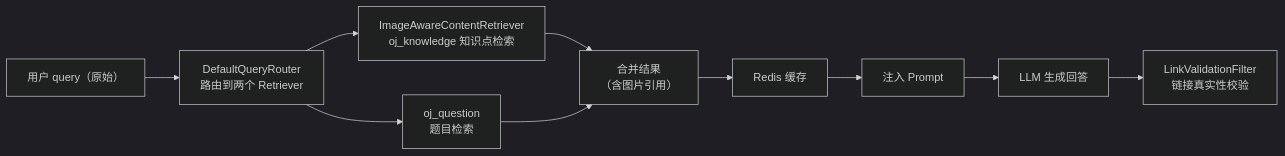
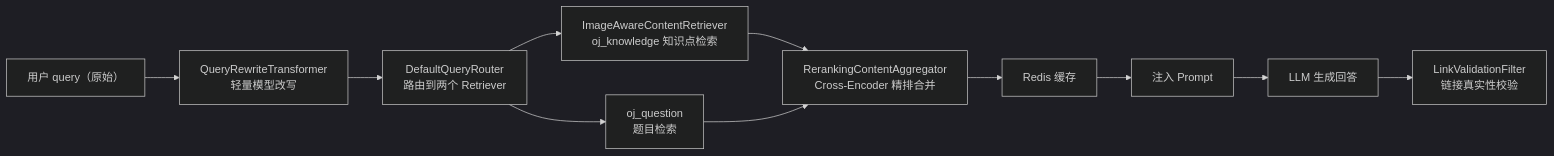
One commit to wangmengxxxi/xi_oj-agent changed the fifth of 10 diagrams in MD/backend_dev_md/aigc_rag_agent_optimization_guide.md. Above: the diagram before and after it, drawn with Mermaid (dark theme). The commit also changed other lines of this file and 22 other files, not shown here.

````diff
--- a/MD/backend_dev_md/aigc_rag_agent_optimization_guide.md
+++ b/MD/backend_dev_md/aigc_rag_agent_optimization_guide.md
@@ -325,12 +329,13 @@
 ```mermaid
 flowchart LR
-    A["用户 query（原始）"] --> B["DefaultQueryRouter<br/>路由到两个 Retriever"]
+    A["用户 query（原始）"] --> QR["QueryRewriteTransformer<br/>轻量模型改写"]
+    QR --> B["DefaultQueryRouter<br/>路由到两个 Retriever"]
     B --> C1["ImageAwareContentRetriever<br/>oj_knowledge 知识点检索"]
     B --> C2["oj_question<br/>题目检索"]
-    C1 --> D["合并结果<br/>（含图片引用）"]
+    C1 --> D["RerankingContentAggregator<br/>Cross-Encoder 精排合并"]
     C2 --> D
     D --> E["Redis 缓存"]
     E --> F["注入 Prompt"]
     F --> G["LLM 生成回答"]
     G --> H["LinkValidationFilter<br/>链接真实性校验"]
 ```
````
